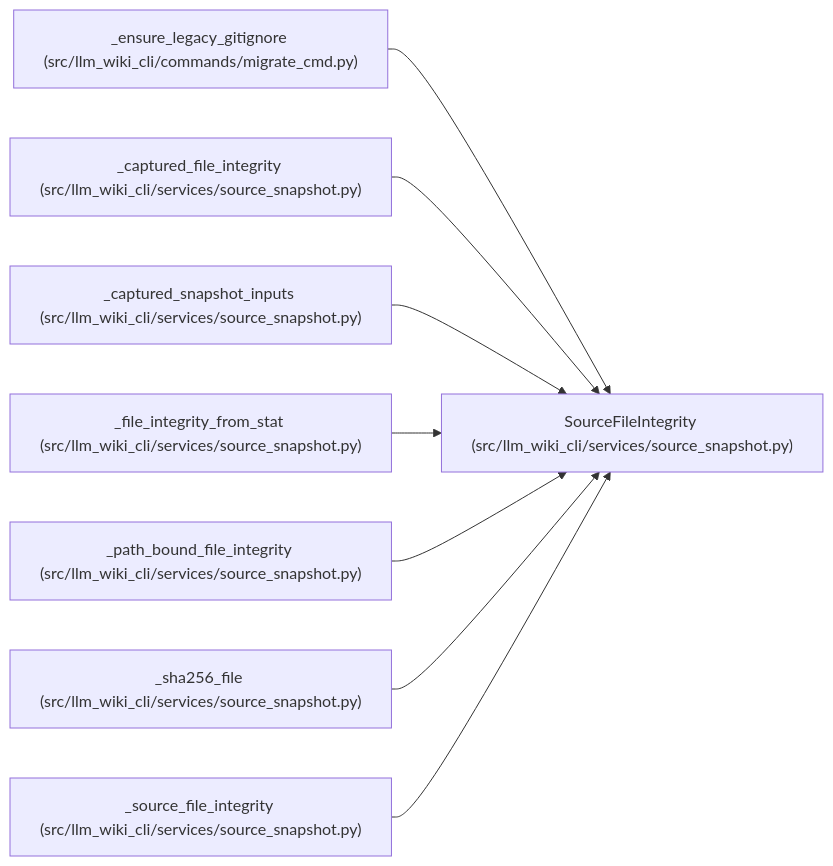
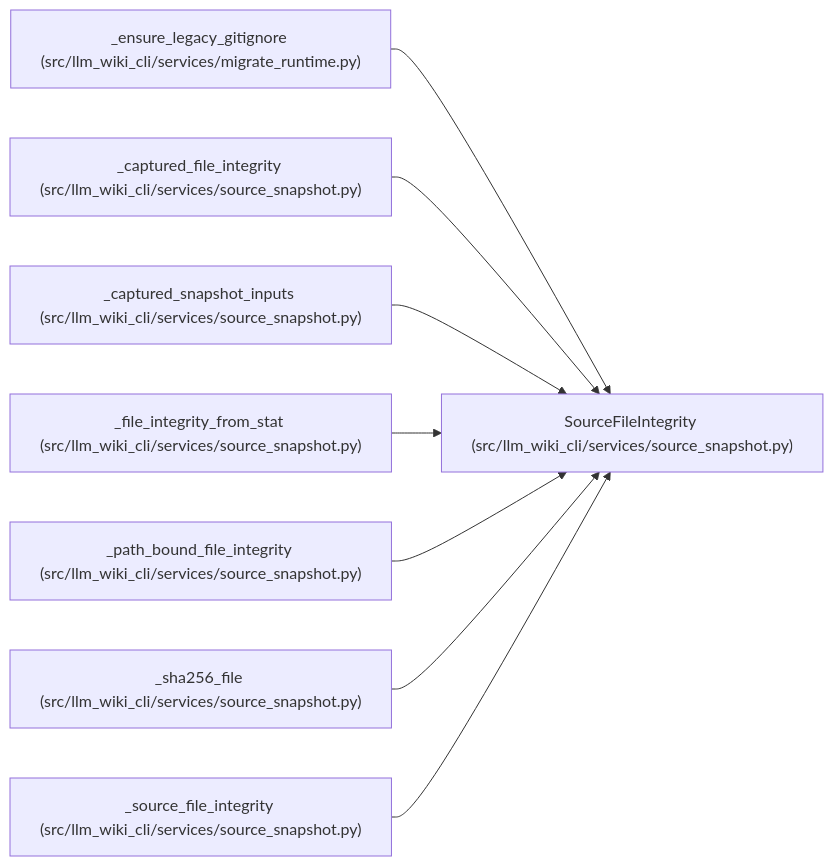
Before and after one commit to Denissvgn/python-wiki-llm: the diagram in docs/llm_wiki/entities/SourceFileIntegrity.md, drawn with Mermaid. The commit also changed other lines of this file and 1555 other files, not shown here.

````diff
--- a/docs/llm_wiki/entities/SourceFileIntegrity.md
+++ b/docs/llm_wiki/entities/SourceFileIntegrity.md
@@ -32,26 +32,26 @@
 ```mermaid
 flowchart LR
     n0["SourceFileIntegrity (src/llm_wiki_cli/services/source_snapshot.py)"]
-    n1["_ensure_legacy_gitignore (src/llm_wiki_cli/commands/migrate_cmd.py)"]
+    n1["_ensure_legacy_gitignore (src/llm_wiki_cli/services/migrate_runtime.py)"]
     n2["_captured_file_integrity (src/llm_wiki_cli/services/source_snapshot.py)"]
     n3["_captured_snapshot_inputs (src/llm_wiki_cli/services/source_snapshot.py)"]
     n4["_file_integrity_from_stat (src/llm_wiki_cli/services/source_snapshot.py)"]
     n5["_path_bound_file_integrity (src/llm_wiki_cli/services/source_snapshot.py)"]
     n6["_sha256_file (src/llm_wiki_cli/services/source_snapshot.py)"]
     n7["_source_file_integrity (src/llm_wiki_cli/services/source_snapshot.py)"]
     n1 --> n0
     n2 --> n0
     n3 --> n0
     n4 --> n0
     n5 --> n0
     n6 --> n0
     n7 --> n0
     click n0 "../modules/source_snapshot.md"
-    click n1 "../modules/migrate_cmd.md"
+    click n1 "../modules/migrate_runtime.md"
     click n2 "../modules/source_snapshot.md"
     click n3 "../modules/source_snapshot.md"
     click n4 "../modules/source_snapshot.md"
     click n5 "../modules/source_snapshot.md"
     click n6 "../modules/source_snapshot.md"
     click n7 "../modules/source_snapshot.md"
 ```
````
